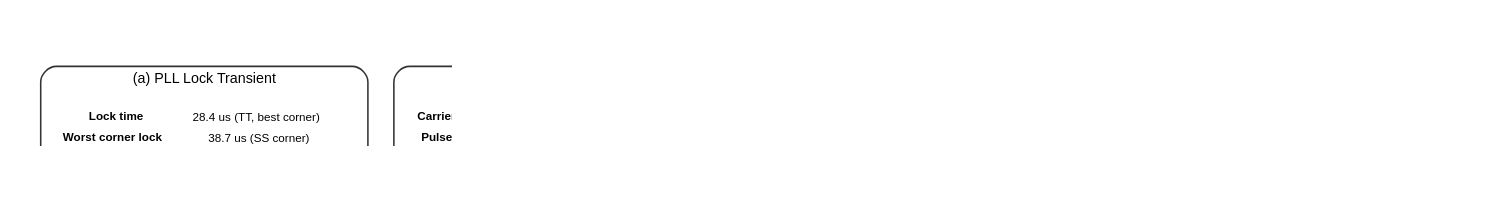
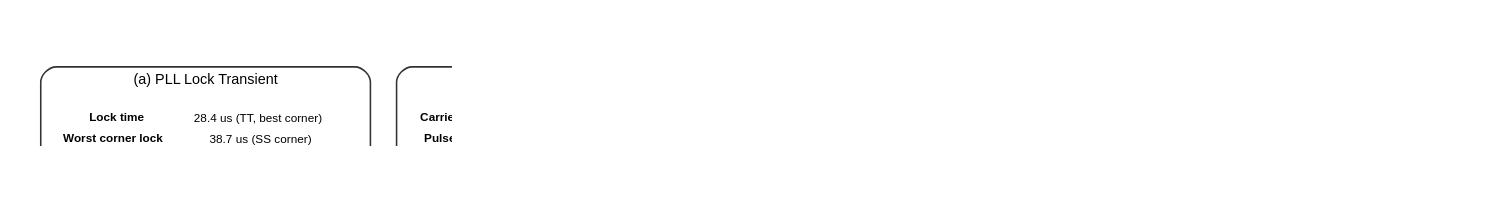
The diagram in figures_graphviz/fig6_v3.dot (wuhannus/lunahan_ultrasound_ASIC), drawn with Graphviz before and after one commit. The commit also changed 28 other files, not shown here.

First line of the commit message:
Remove BPF/VGA from system architecture: LNA feeds SAR ADC directly

```diff
--- a/figures_graphviz/fig6_v3.dot
+++ b/figures_graphviz/fig6_v3.dot
@@ -1,73 +1,72 @@
 digraph G {
     dpi=250;
     fontname="Helvetica";
     bgcolor=white;
     size="7.5,5.625";
     ratio=fill;
     pad=0.3;
     nodesep=0.5;
     ranksep=0.6;
     node [shape=box, style="rounded,filled", fontname="Helvetica", fontsize=9, penwidth=1.5, margin="0.08,0.06"];
     edge [fontname="Helvetica", fontsize=7, penwidth=1.5, arrowsize=0.8, color="#333333"];
 
     label="Post-Layout Simulation Waveforms (sky130 TT corner, Xyce 7.6 [15])";
     labelloc=t; fontsize=11;
     node [fillcolor=white, color="#333333"];
     
     subgraph cluster_a {
         label="(a) PLL Lock Transient";
         style="rounded"; color="#333333"; penwidth=1.2;
         a [shape=plaintext, label=<
             <table border="0" cellborder="0" cellspacing="0" cellpadding="3">
             <tr><td><font point-size="9"><b>Lock time</b></font></td><td><font point-size="9">28.4 us (TT, best corner)</font></td></tr>
             <tr><td><font point-size="9"><b>Worst corner lock</b></font></td><td><font point-size="9">38.7 us (SS corner)</font></td></tr>
             <tr><td><font point-size="9"><b>Final Vctrl</b></font></td><td><font point-size="9">0.897 V</font></td></tr>
             <tr><td><font point-size="9"><b>VCO frequency</b></font></td><td><font point-size="9">200.1 MHz at lock</font></td></tr>
             <tr><td><font point-size="9"><b>RMS Period Jitter</b></font></td><td><font point-size="9">38.2 ps (TT) / 48.1 ps (SS)</font></td></tr>
             </table>
         >];
     }
     
     subgraph cluster_b {
         label="(b) TX Burst (40 kHz carrier)";
         style="rounded"; color="#333333"; penwidth=1.2;
         b [shape=plaintext, label=<
             <table border="0" cellborder="0" cellspacing="0" cellpadding="3">
             <tr><td><font point-size="9"><b>Carrier frequency</b></font></td><td><font point-size="9">40.00 kHz</font></td></tr>
             <tr><td><font point-size="9"><b>Pulses per burst</b></font></td><td><font point-size="9">8</font></td></tr>
             <tr><td><font point-size="9"><b>Burst duration</b></font></td><td><font point-size="9">200 us</font></td></tr>
             <tr><td><font point-size="9"><b>Output amplitude</b></font></td><td><font point-size="9">12 Vpp (6 to 14V prog.)</font></td></tr>
             <tr><td><font point-size="9"><b>UERTX vs Class-D</b></font></td><td><font point-size="9">7.15 uJ vs 12.8 uJ per burst</font></td></tr>
             </table>
         >];
     }
     
     subgraph cluster_c {
         label="(c) RX Echo Chain (wall at 3m, 12Vpp TX)";
         style="rounded"; color="#333333"; penwidth=1.2;
         c [shape=plaintext, label=<
             <table border="0" cellborder="0" cellspacing="0" cellpadding="3">
             <tr><td><font point-size="9"><b>At transducer</b></font></td><td><font point-size="9">1.87 mV (raw echo)</font></td></tr>
-            <tr><td><font point-size="9"><b>After LNA (22.4 dB)</b></font></td><td><font point-size="9">24.6 mV (gain x13.2)</font></td></tr>
-            <tr><td><font point-size="9"><b>After VGA (30 dB)</b></font></td><td><font point-size="9">778 mV (gain x31.6)</font></td></tr>
-            <tr><td><font point-size="9"><b>ADC output code</b></font></td><td><font point-size="9">442 LSB (86 pct full-scale)</font></td></tr>
+            <tr><td><font point-size="9"><b>After LNA (40 dB)</b></font></td><td><font point-size="9">187 mV (gain x100)</font></td></tr>
+            <tr><td><font point-size="9"><b>ADC output code</b></font></td><td><font point-size="9">106 LSB (21 pct full-scale)</font></td></tr>
             <tr><td><font point-size="9"><b>TOF / Distance</b></font></td><td><font point-size="9">17.49 ms / 3.00 m</font></td></tr>
             </table>
         >];
     }
     
     subgraph cluster_d {
         label="(d) ADC Output Spectrum (fs=1.2MS/s, fin=40kHz)";
         style="rounded"; color="#333333"; penwidth=1.2;
         d [shape=plaintext, label=<
             <table border="0" cellborder="0" cellspacing="0" cellpadding="3">
             <tr><td><font point-size="9"><b>SNDR</b></font></td><td><font point-size="9">58.7 dB</font></td><td><font point-size="9"><b>SFDR</b></font></td><td><font point-size="9">68.2 dB</font></td></tr>
             <tr><td><font point-size="9"><b>ENOB</b></font></td><td><font point-size="9">9.6 bits</font></td><td><font point-size="9"><b>THD</b></font></td><td><font point-size="9">-65.4 dB</font></td></tr>
             <tr><td><font point-size="9"><b>INL (peak)</b></font></td><td><font point-size="9">+0.8 / -0.7 LSB</font></td><td><font point-size="9"><b>DNL (peak)</b></font></td><td><font point-size="9">+0.6 / -0.5 LSB</font></td></tr>
             <tr><td><font point-size="9"><b>FOM Walden</b></font></td><td colspan="3"><font point-size="9">117 fJ per conversion-step</font></td></tr>
             </table>
         >];
     }
     
 
 }
```
